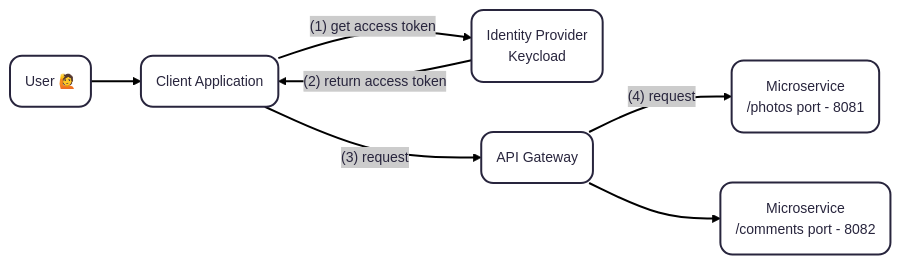
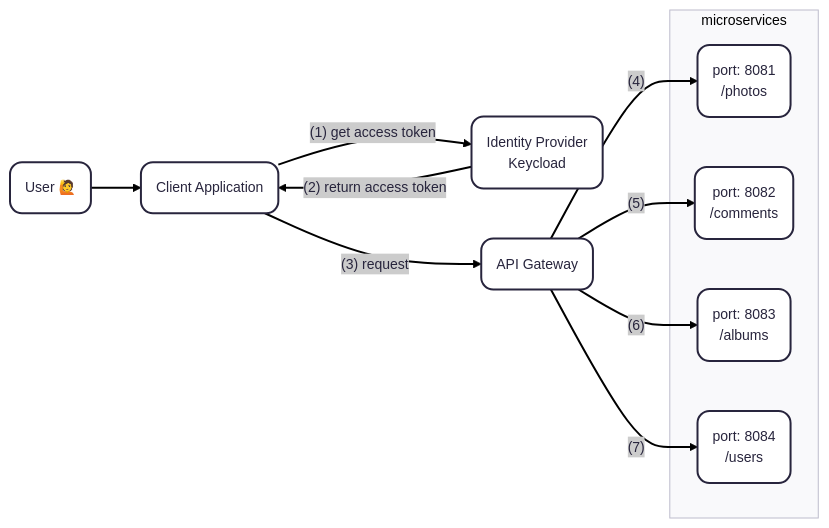
The second of 3 diagrams in README.md (AntonioDiaz/udemy-oauth2-spring), drawn with Mermaid before and after one commit. The commit also changed other lines of this file, not shown here.

Commit message:
Spring MVC example.

`````diff
--- a/README.md
+++ b/README.md
@@ -279,19 +279,24 @@
 ````mermaid
 ---
 config:
       theme: redux
 ---
 flowchart LR
         A("User 🙋")
         B("Client Application")
         C("Identity Provider <br> Keycload")
         D("API Gateway")
-        E("Microservice <br> /photos port - 8081")
-        F("Microservice <br> /comments port - 8082")
+        subgraph microservices; MS1; MS2; MS3; MS4; end
+        MS1("port: 8081<br> /photos")
+        MS2("port: 8082<br> /comments")
+        MS3("port: 8083<br> /albums")
+        MS4("port: 8084<br> /users")
         A --> B
         B --"(1) get access token"--> C
         C --(2) return access token--> B
         B --(3) request--> D
-        D --(4) request--> E
-        D --> F
+        D --(4)--> MS1
+        D --(5)--> MS2
+        D --(6)--> MS3
+        D --(7)--> MS4
 ````
`````
